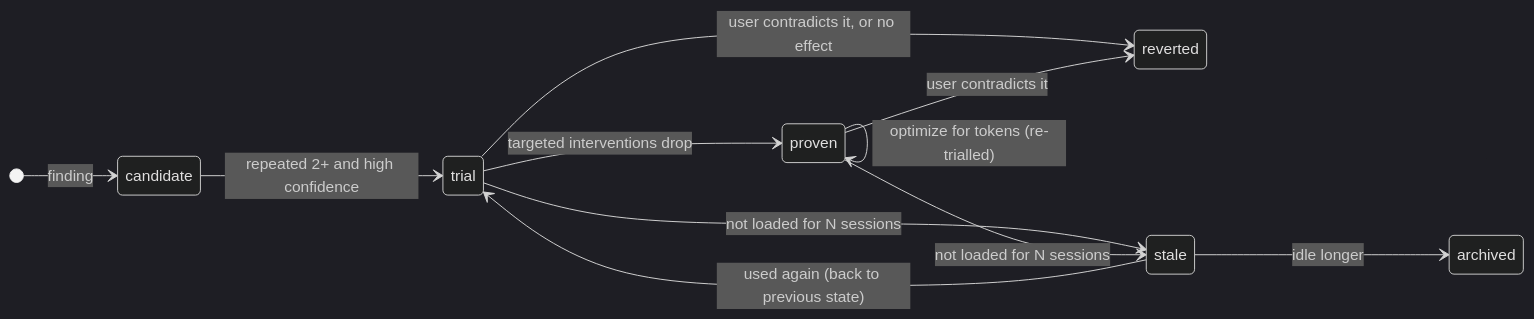
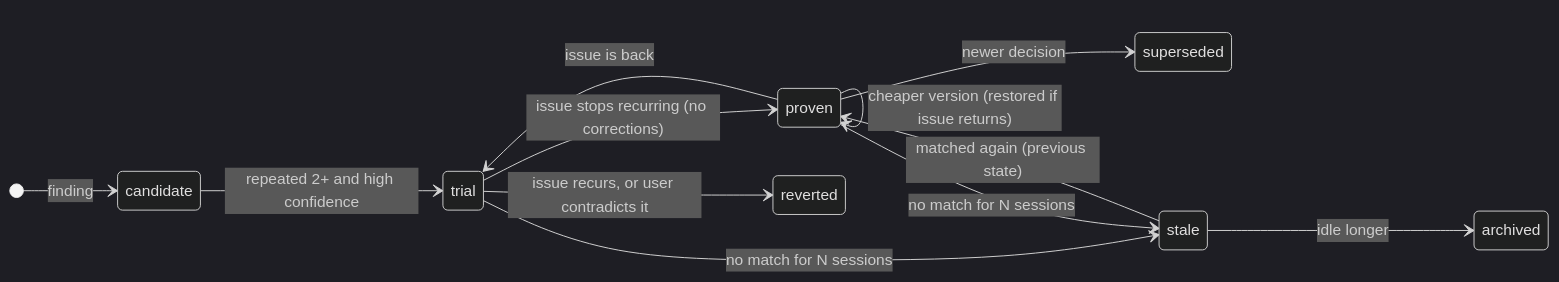
The fourth of 5 diagrams in self-improvements/README.md (Juansasa/supermem), drawn with Mermaid (dark theme) before and after one commit. The commit also changed other lines of this file and 10 other files, not shown here.

````diff
--- a/self-improvements/README.md
+++ b/self-improvements/README.md
@@ -144,14 +148,15 @@
 ```mermaid
 stateDiagram-v2
   direction LR
   [*] --> candidate: finding
   candidate --> trial: repeated 2+ and high confidence
-  trial --> proven: targeted interventions drop
-  trial --> reverted: user contradicts it, or no effect
-  proven --> reverted: user contradicts it
-  proven --> proven: optimize for tokens (re-trialled)
-  trial --> stale: not loaded for N sessions
-  proven --> stale: not loaded for N sessions
-  stale --> trial: used again (back to previous state)
+  trial --> proven: issue stops recurring (no corrections)
+  trial --> reverted: issue recurs, or user contradicts it
+  proven --> trial: issue is back
+  proven --> proven: cheaper version (restored if issue returns)
+  trial --> stale: no match for N sessions
+  proven --> stale: no match for N sessions
+  stale --> proven: matched again (previous state)
   stale --> archived: idle longer
+  proven --> superseded: newer decision
 ```
````
